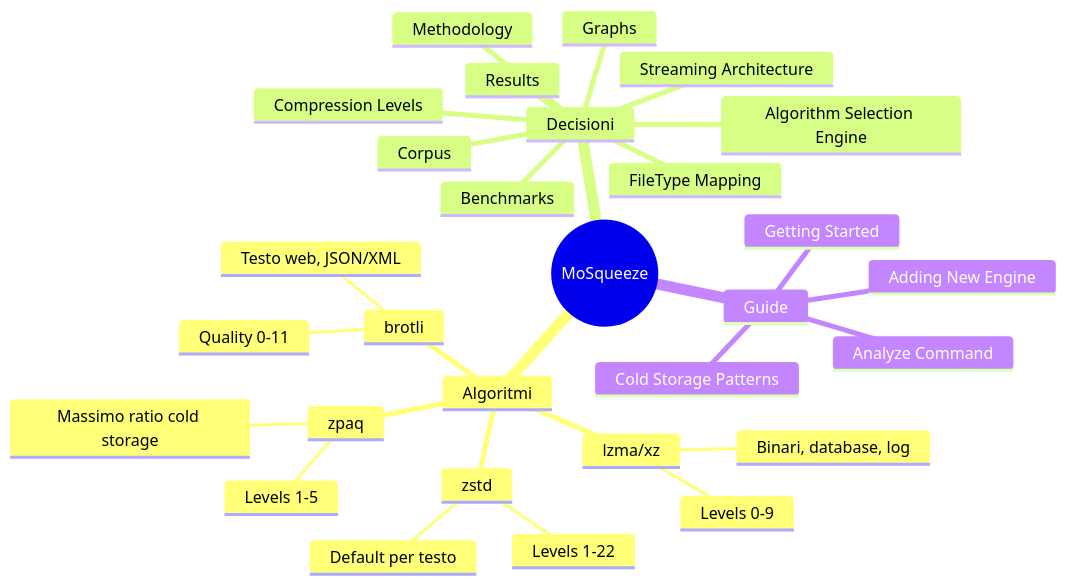
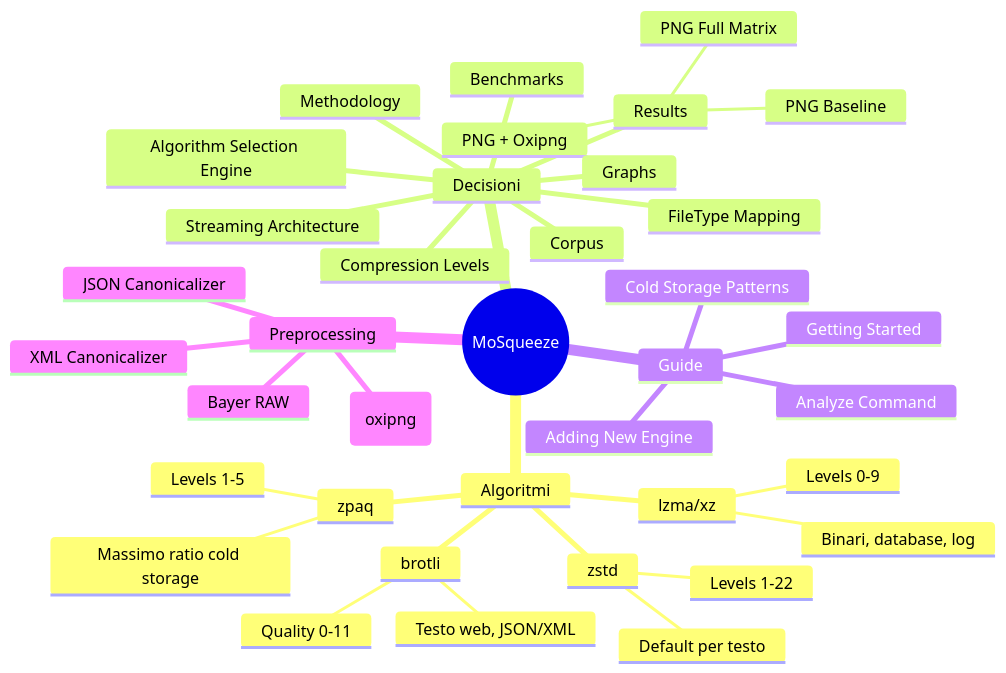
One commit to fathorMB/MoSqueeze changed the diagram in docs/wiki/index.md. Above: the diagram before and after it, drawn with Mermaid. The commit also changed other lines of this file, not shown here.

Commit message:
docs: update wiki index with PNG results

````diff
--- a/docs/wiki/index.md
+++ b/docs/wiki/index.md
@@ -11,32 +11,41 @@
 ```mermaid
 mindmap
   root((MoSqueeze))
     Algoritmi
       zstd
         Default per testo
         Levels 1-22
       lzma/xz
           Binari, database, log
           Levels 0-9
       brotli
           Testo web, JSON/XML
           Quality 0-11
       zpaq
           Massimo ratio cold storage
           Levels 1-5
     Decisioni
       FileType Mapping
       Streaming Architecture
       Compression Levels
       Algorithm Selection Engine
       Benchmarks
       Methodology
       Corpus
       Results
+        PNG Baseline
+        PNG Full Matrix
+        PNG + Oxipng
       Graphs
     Guide
       Getting Started
       Adding New Engine
       Cold Storage Patterns
       Analyze Command
+
+    Preprocessing
+      PNG Optimizer (oxipng)
+      Bayer RAW
+      JSON Canonicalizer
+      XML Canonicalizer
 ```
````
